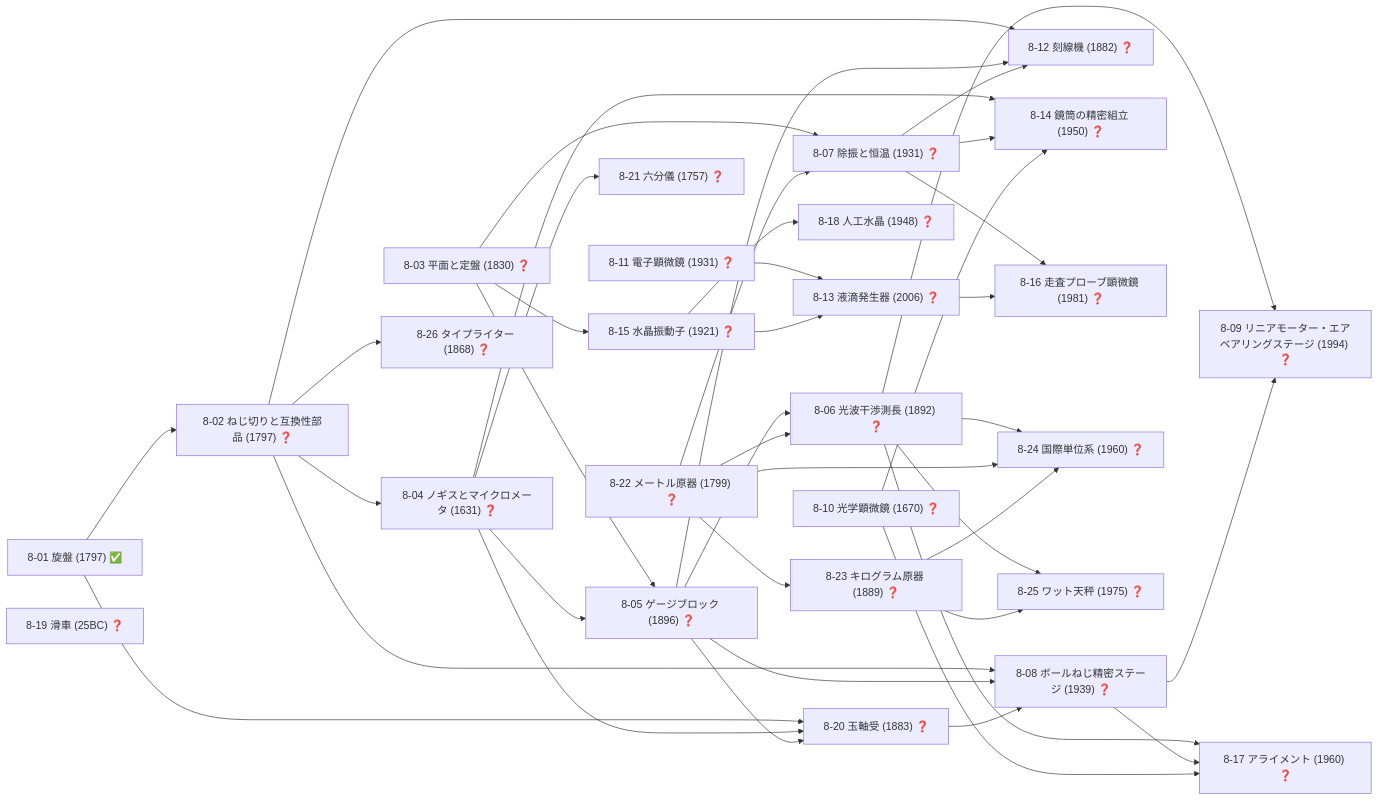
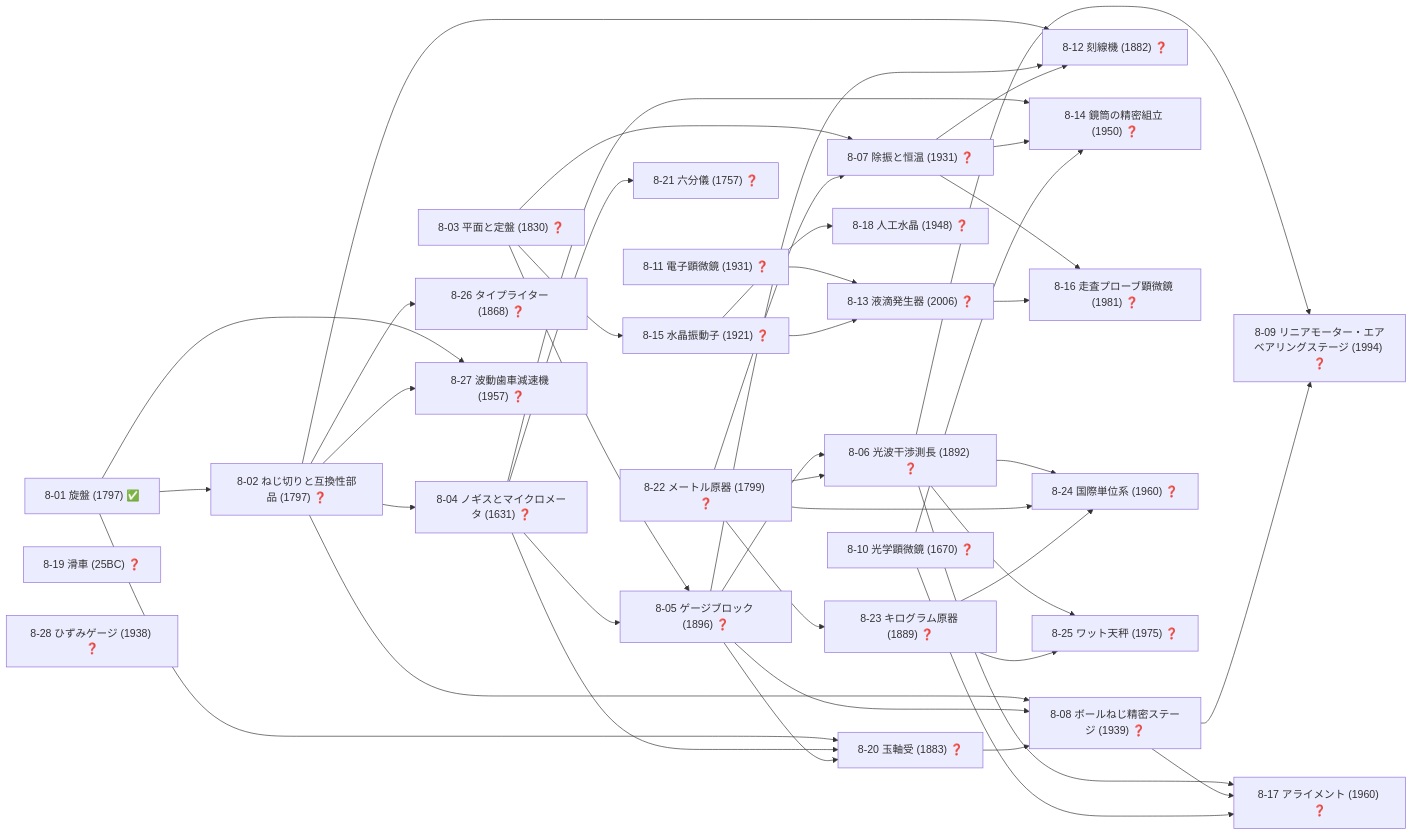
Diagram 11 of 19 in docs/TECH_TREE_VIEW.md (taku3i0317-collab/semiconductor-lab), drawn with Mermaid before and after one commit. The commit also changed other lines of this file and 9 other files, not shown here.

````diff
--- a/docs/TECH_TREE_VIEW.md
+++ b/docs/TECH_TREE_VIEW.md
@@ -536,68 +538,72 @@
 ```mermaid
 graph LR
   n8_01["8-01 旋盤 (1797) ✅"]
   n8_02["8-02 ねじ切りと互換性部品 (1797) ❓"]
   n8_03["8-03 平面と定盤 (1830) ❓"]
   n8_04["8-04 ノギスとマイクロメータ (1631) ❓"]
   n8_05["8-05 ゲージブロック (1896) ❓"]
   n8_06["8-06 光波干渉測長 (1892) ❓"]
   n8_07["8-07 除振と恒温 (1931) ❓"]
   n8_08["8-08 ボールねじ精密ステージ (1939) ❓"]
   n8_09["8-09 リニアモーター・エアベアリングステージ (1994) ❓"]
   n8_10["8-10 光学顕微鏡 (1670) ❓"]
   n8_11["8-11 電子顕微鏡 (1931) ❓"]
   n8_12["8-12 刻線機 (1882) ❓"]
   n8_13["8-13 液滴発生器 (2006) ❓"]
   n8_14["8-14 鏡筒の精密組立 (1950) ❓"]
   n8_15["8-15 水晶振動子 (1921) ❓"]
   n8_16["8-16 走査プローブ顕微鏡 (1981) ❓"]
   n8_17["8-17 アライメント (1960) ❓"]
   n8_18["8-18 人工水晶 (1948) ❓"]
   n8_19["8-19 滑車 (25BC) ❓"]
   n8_20["8-20 玉軸受 (1883) ❓"]
   n8_21["8-21 六分儀 (1757) ❓"]
   n8_22["8-22 メートル原器 (1799) ❓"]
   n8_23["8-23 キログラム原器 (1889) ❓"]
   n8_24["8-24 国際単位系 (1960) ❓"]
   n8_25["8-25 ワット天秤 (1975) ❓"]
   n8_26["8-26 タイプライター (1868) ❓"]
+  n8_27["8-27 波動歯車減速機 (1957) ❓"]
+  n8_28["8-28 ひずみゲージ (1938) ❓"]
   n8_01-->n8_02
   n8_02-->n8_04
   n8_03-->n8_05
   n8_04-->n8_05
   n8_05-->n8_06
   n8_22-->n8_06
   n8_03-->n8_07
   n8_22-->n8_07
   n8_02-->n8_08
   n8_05-->n8_08
   n8_20-->n8_08
   n8_06-->n8_09
   n8_08-->n8_09
   n8_02-->n8_12
   n8_05-->n8_12
   n8_07-->n8_12
   n8_11-->n8_13
   n8_15-->n8_13
   n8_04-->n8_14
   n8_07-->n8_14
   n8_10-->n8_14
   n8_03-->n8_15
   n8_07-->n8_16
   n8_13-->n8_16
   n8_06-->n8_17
   n8_08-->n8_17
   n8_10-->n8_17
   n8_15-->n8_18
   n8_01-->n8_20
   n8_04-->n8_20
   n8_05-->n8_20
   n8_04-->n8_21
   n8_22-->n8_23
   n8_06-->n8_24
   n8_22-->n8_24
   n8_23-->n8_24
   n8_06-->n8_25
   n8_23-->n8_25
   n8_02-->n8_26
+  n8_01-->n8_27
+  n8_02-->n8_27
 ```
````
